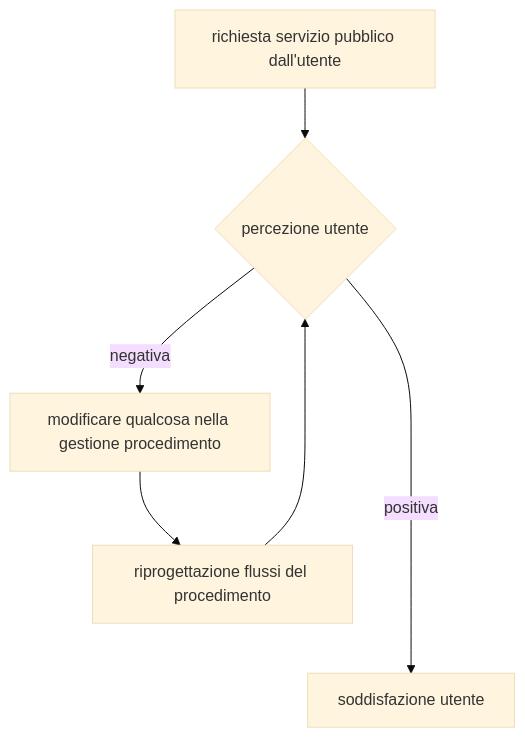
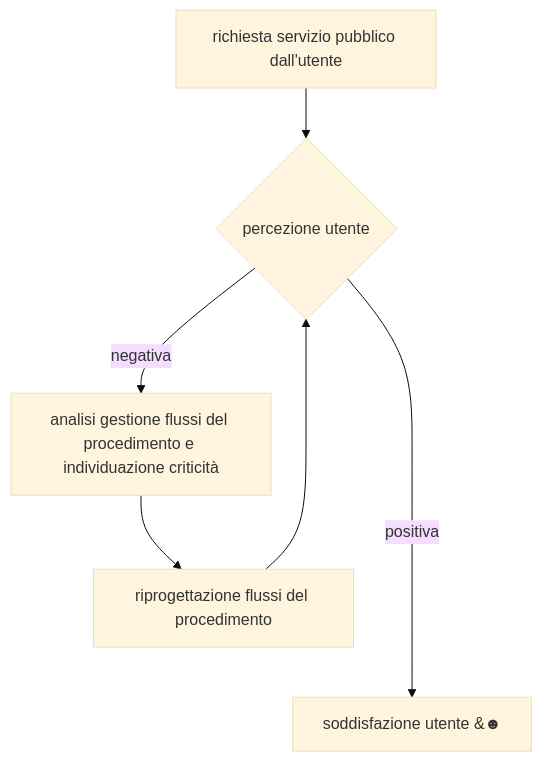
Before and after one commit to UO-TransizioneDigitaleComunePalermo/mappatura-procedimenti-amministrativi: the second of 2 diagrams in docs/contenuti/reingegnerizzazione.md, drawn with Mermaid (base theme).

````diff
--- a/docs/contenuti/reingegnerizzazione.md
+++ b/docs/contenuti/reingegnerizzazione.md
@@ -30,8 +30,8 @@
 ``` mermaid
 flowchart TD
     A[richiesta servizio pubblico dall'utente] --> B{percezione utente};
-    B -->|negativa| C[modificare qualcosa nella gestione procedimento];
+    B -->|negativa| C[analisi gestione flussi del procedimento e individuazione criticità];
     C --> D[riprogettazione flussi del procedimento];
     D --> B;
-    B ---->|positiva| E[soddisfazione utente];
+    B ---->|positiva| E["soddisfazione utente &#9787;"];
 ```
````
